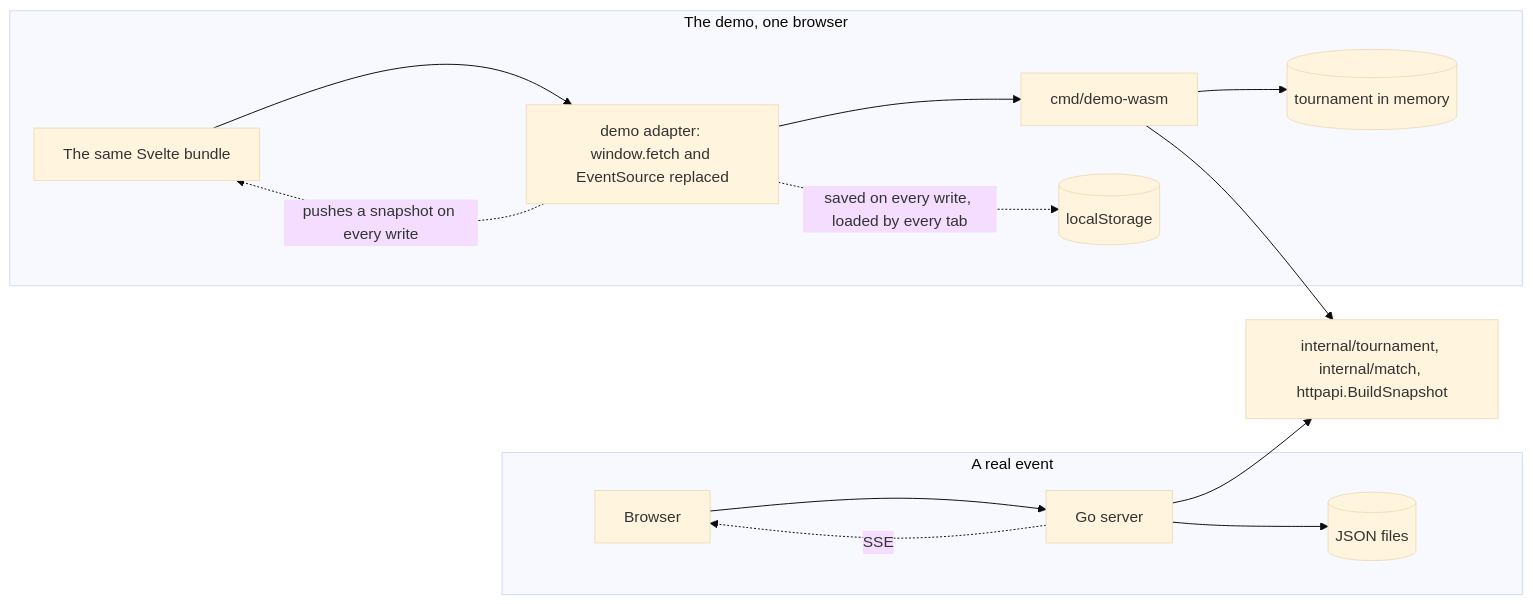
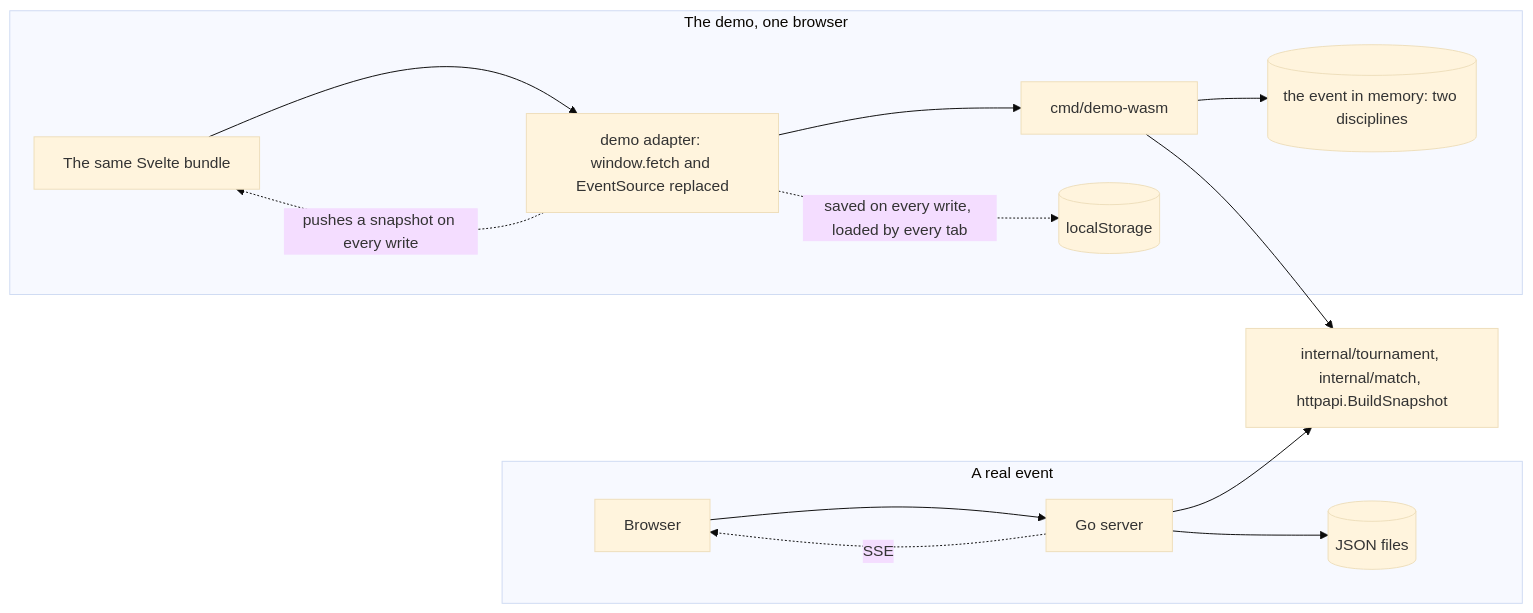
Before and after one commit to fylke/porta-di-ferro: the third of 10 diagrams in docs/architecture.md, drawn with Mermaid (base theme). The commit also changed other lines of this file and 5 other files, not shown here.

First line of the commit message:
Docs: one event over many disciplines, phase 1 as built

````diff
--- a/docs/architecture.md
+++ b/docs/architecture.md
@@ -53,16 +94,16 @@
 ```mermaid
 flowchart LR
     subgraph Event["A real event"]
         B1[Browser] --> S[Go server] --> F[(JSON files)]
         S -. SSE .-> B1
     end
     subgraph Demo["The demo, one browser"]
         B2[The same Svelte bundle] --> A[demo adapter: window.fetch and EventSource replaced]
         A --> W[cmd/demo-wasm]
-        W --> M[(tournament in memory)]
+        W --> M[(the event in memory: two disciplines)]
         A -. pushes a snapshot on every write .-> B2
         A -. saved on every write, loaded by every tab .-> L[(localStorage)]
     end
     W --> T[internal/tournament, internal/match, httpapi.BuildSnapshot]
     S --> T
 ```
````
